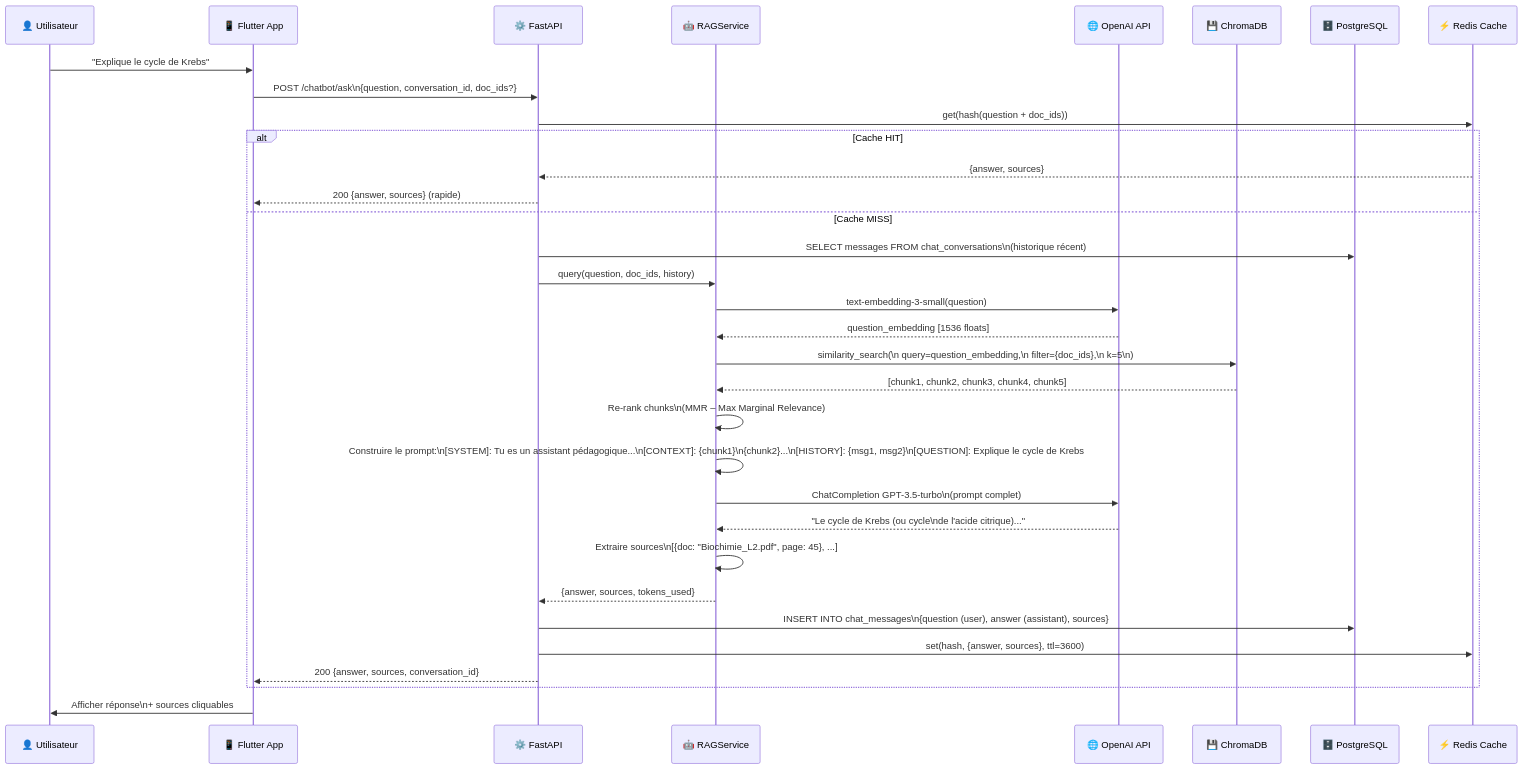
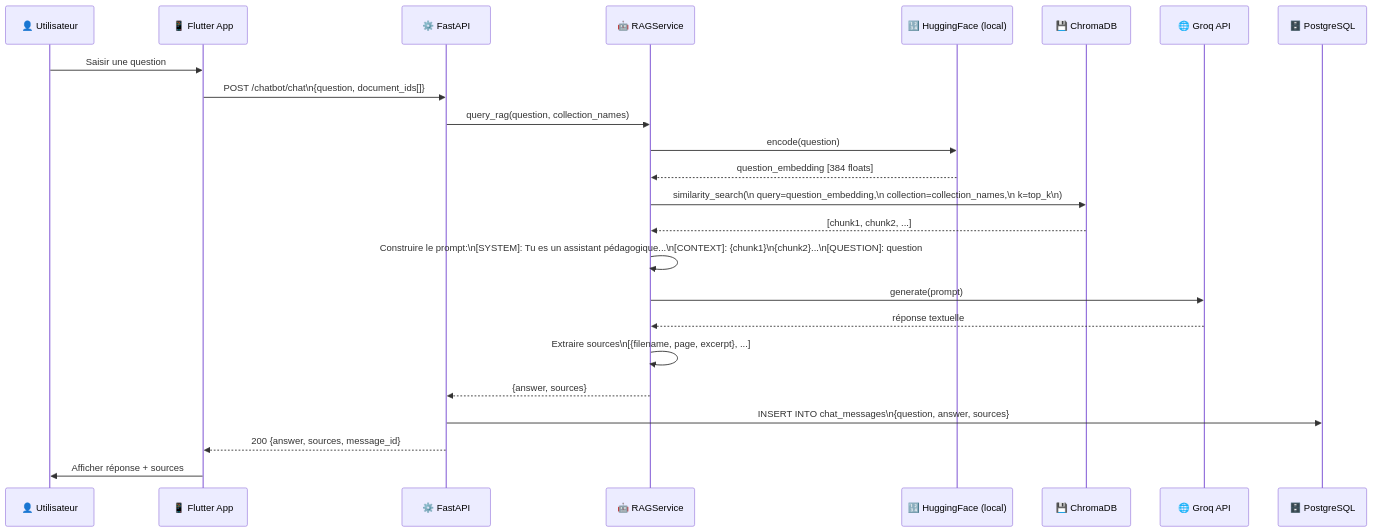
One commit to Jkacem/smart_focus changed the third of 7 diagrams in docs/Conception_Flux_RAG_Chatbot.md. Above: the diagram before and after it, drawn with Mermaid. The commit also changed other lines of this file and 93 other files, not shown here.

````diff
--- a/docs/Conception_Flux_RAG_Chatbot.md
+++ b/docs/Conception_Flux_RAG_Chatbot.md
@@ -90,45 +88,34 @@
 ```mermaid
 sequenceDiagram
     participant USER as 👤 Utilisateur
     participant APP as 📱 Flutter App
     participant API as ⚙️ FastAPI
     participant RAG as 🤖 RAGService
-    participant OAI as 🌐 OpenAI API
+    participant HF as 🔢 HuggingFace (local)
     participant CHROMA as 💾 ChromaDB
+    participant GROQ as 🌐 Groq API
     participant PG as 🗄️ PostgreSQL
-    participant CACHE as ⚡ Redis Cache
 
-    USER->>APP: "Explique le cycle de Krebs"
-    APP->>API: POST /chatbot/ask\n{question, conversation_id, doc_ids?}
+    USER->>APP: Saisir une question
+    APP->>API: POST /chatbot/chat\n{question, document_ids[]}
 
-    API->>CACHE: get(hash(question + doc_ids))
-    alt Cache HIT
-        CACHE-->>API: {answer, sources}
-        API-->>APP: 200 {answer, sources} (rapide)
-    else Cache MISS
-        API->>PG: SELECT messages FROM chat_conversations\n(historique récent)
-        API->>RAG: query(question, doc_ids, history)
+    API->>RAG: query_rag(question, collection_names)
 
-        RAG->>OAI: text-embedding-3-small(question)
-        OAI-->>RAG: question_embedding [1536 floats]
+    RAG->>HF: encode(question)
+    HF-->>RAG: question_embedding [384 floats]
 
-        RAG->>CHROMA: similarity_search(\n  query=question_embedding,\n  filter={doc_ids},\n  k=5\n)
-        CHROMA-->>RAG: [chunk1, chunk2, chunk3, chunk4, chunk5]
+    RAG->>CHROMA: similarity_search(\n  query=question_embedding,\n  collection=collection_names,\n  k=top_k\n)
+    CHROMA-->>RAG: [chunk1, chunk2, ...]
 
-        RAG->>RAG: Re-rank chunks\n(MMR – Max Marginal Relevance)
+    RAG->>RAG: Construire le prompt:\n[SYSTEM]: Tu es un assistant pédagogique...\n[CONTEXT]: {chunk1}\n{chunk2}...\n[QUESTION]: question
 
-        RAG->>RAG: Construire le prompt:\n[SYSTEM]: Tu es un assistant pédagogique...\n[CONTEXT]: {chunk1}\n{chunk2}...\n[HISTORY]: {msg1, msg2}\n[QUESTION]: Explique le cycle de Krebs
+    RAG->>GROQ: generate(prompt)
+    GROQ-->>RAG: réponse textuelle
 
-        RAG->>OAI: ChatCompletion GPT-3.5-turbo\n(prompt complet)
-        OAI-->>RAG: "Le cycle de Krebs (ou cycle\nde l'acide citrique)..."
+    RAG->>RAG: Extraire sources\n[{filename, page, excerpt}, ...]
+    RAG-->>API: {answer, sources}
 
-        RAG->>RAG: Extraire sources\n[{doc: "Biochimie_L2.pdf", page: 45}, ...]
-        RAG-->>API: {answer, sources, tokens_used}
-
-        API->>PG: INSERT INTO chat_messages\n{question (user), answer (assistant), sources}
-        API->>CACHE: set(hash, {answer, sources}, ttl=3600)
-        API-->>APP: 200 {answer, sources, conversation_id}
-    end
-
-    APP->>USER: Afficher réponse\n+ sources cliquables
+    API->>PG: INSERT INTO chat_messages\n{question, answer, sources}
+    API-->>APP: 200 {answer, sources, message_id}
+    APP->>USER: Afficher réponse + sources
 ```
````
